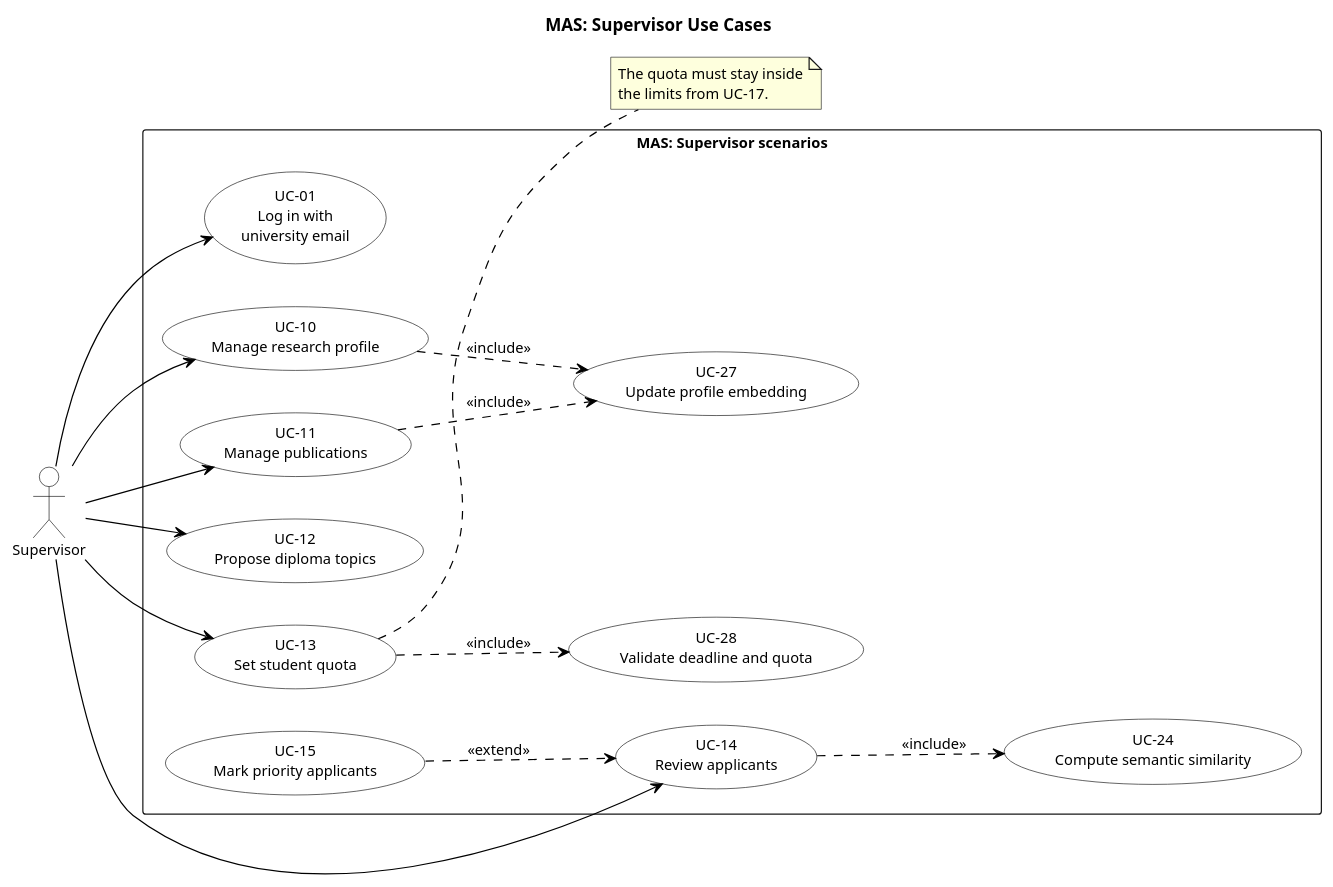
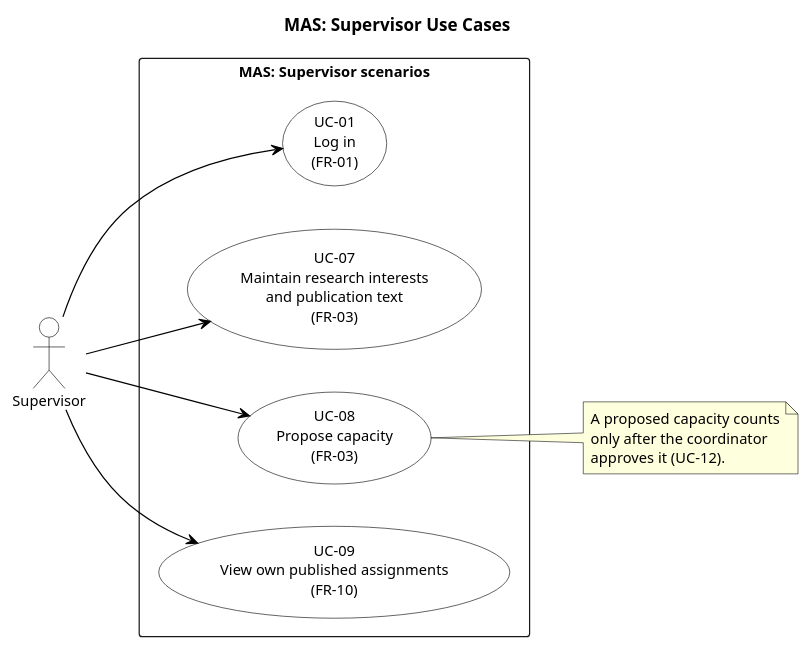
One commit to Diasb4/Diploma changed the third of 4 diagrams in diagrams/src/use-case.puml. Above: the diagram before and after it, drawn with PlantUML. The commit also changed other lines of this file and 8 other files, not shown here.

First line of the commit message:
MAS-13: Align use case diagrams with the requirements draft

```diff
--- a/diagrams/src/use-case.puml
+++ b/diagrams/src/use-case.puml
@@ -121,52 +114,37 @@
 @startuml use-case-supervisor
 title MAS: Supervisor Use Cases
 
 left to right direction
 skinparam shadowing false
 skinparam defaultFontName Arial
 skinparam defaultFontSize 12
 skinparam ArrowColor Black
 skinparam usecase {
   BackgroundColor White
   BorderColor Black
 }
 skinparam actor {
   BackgroundColor White
   BorderColor Black
 }
 
 actor "Supervisor" as Supervisor
 
 rectangle "MAS: Supervisor scenarios" {
-  usecase "UC-01\nLog in with\nuniversity email" as UC01
-  usecase "UC-10\nManage research profile" as UC10
-  usecase "UC-11\nManage publications" as UC11
-  usecase "UC-12\nPropose diploma topics" as UC12
-  usecase "UC-13\nSet student quota" as UC13
-  usecase "UC-14\nReview applicants" as UC14
-  usecase "UC-15\nMark priority applicants" as UC15
-
-  usecase "UC-24\nCompute semantic similarity" as UC24
-  usecase "UC-27\nUpdate profile embedding" as UC27
-  usecase "UC-28\nValidate deadline and quota" as UC28
+  usecase "UC-01\nLog in\n(FR-01)" as UC01
+  usecase "UC-07\nMaintain research interests\nand publication text\n(FR-03)" as UC07
+  usecase "UC-08\nPropose capacity\n(FR-03)" as UC08
+  usecase "UC-09\nView own published assignments\n(FR-10)" as UC09
 }
 
 Supervisor --> UC01
-Supervisor --> UC10
-Supervisor --> UC11
-Supervisor --> UC12
-Supervisor --> UC13
-Supervisor --> UC14
+Supervisor --> UC07
+Supervisor --> UC08
+Supervisor --> UC09
 
-UC10 ..> UC27 : <<include>>
-UC11 ..> UC27 : <<include>>
-UC13 ..> UC28 : <<include>>
-UC14 ..> UC24 : <<include>>
-
-UC15 ..> UC14 : <<extend>>
-
-note right of UC13
-  The quota must stay inside
-  the limits from UC-17.
+note right of UC08
+  A proposed capacity counts
+  only after the coordinator
+  approves it (UC-12).
 end note
 @enduml
```
